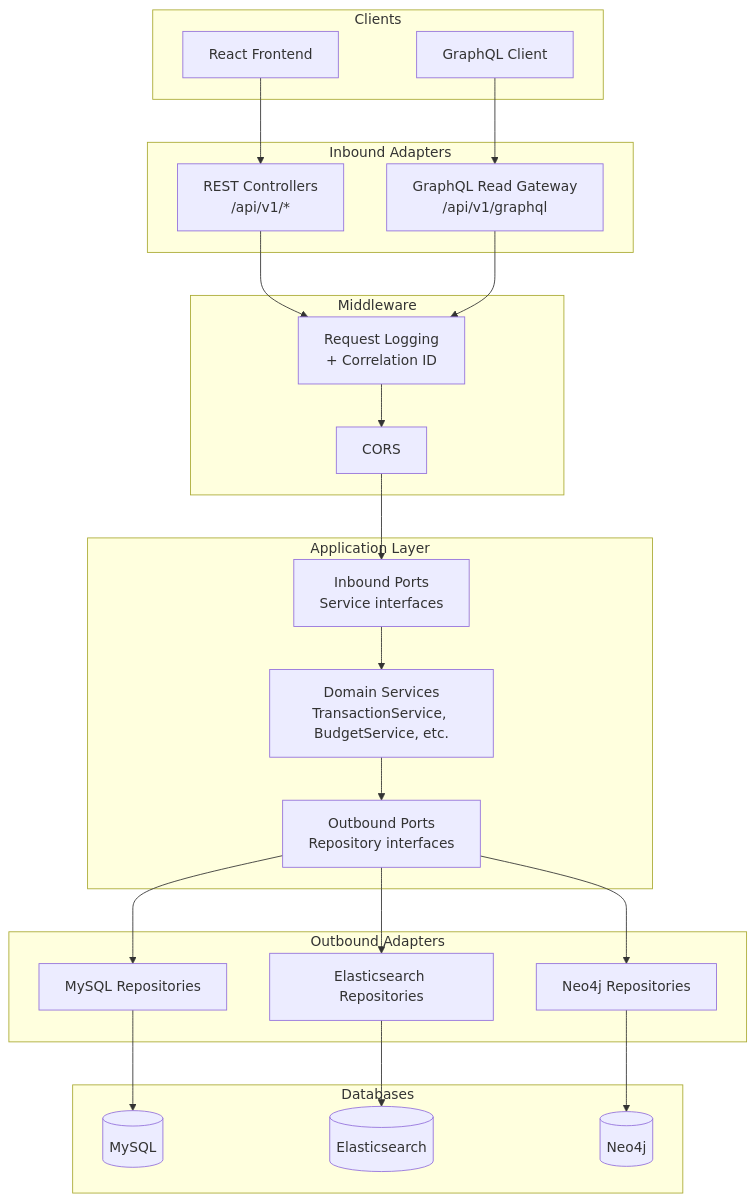
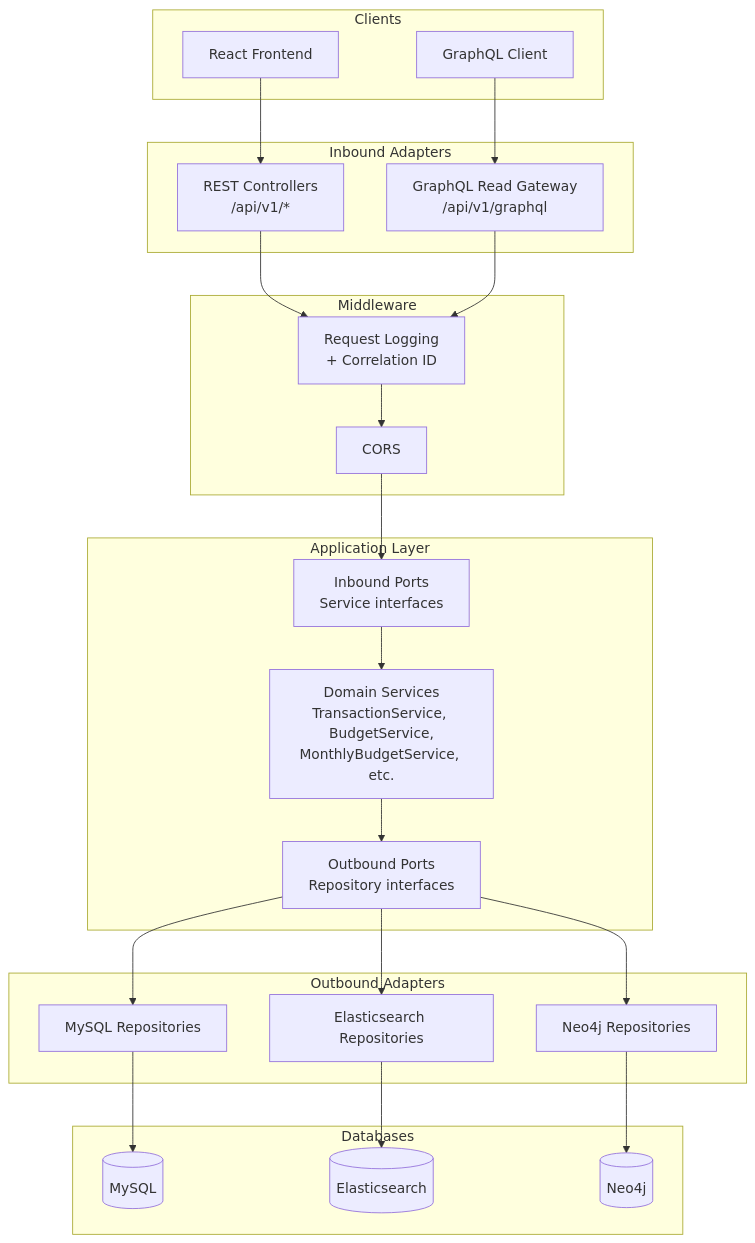
Before and after one commit to Jothom2912/Finance-Tracker: the first of 2 diagrams in README.md, drawn with Mermaid. The commit also changed other lines of this file and 4 other files, not shown here.

````diff
--- a/README.md
+++ b/README.md
@@ -73,45 +73,45 @@
 ```mermaid
 graph TB
     subgraph "Clients"
         FE[React Frontend]
         GQL[GraphQL Client]
     end
 
     subgraph "Inbound Adapters"
         REST[REST Controllers<br/>/api/v1/*]
         GRAPHQL[GraphQL Read Gateway<br/>/api/v1/graphql]
     end
 
     subgraph "Middleware"
         CORS[CORS]
         LOG[Request Logging<br/>+ Correlation ID]
     end
 
     subgraph "Application Layer"
-        SVC[Domain Services<br/>TransactionService, BudgetService, etc.]
+        SVC[Domain Services<br/>TransactionService, BudgetService,<br/>MonthlyBudgetService, etc.]
         PORTS_IN[Inbound Ports<br/>Service interfaces]
         PORTS_OUT[Outbound Ports<br/>Repository interfaces]
     end
 
     subgraph "Outbound Adapters"
         MYSQL_REPO[MySQL Repositories]
         ES_REPO[Elasticsearch Repositories]
         NEO4J_REPO[Neo4j Repositories]
     end
 
     subgraph "Databases"
         MYSQL[(MySQL)]
         ES[(Elasticsearch)]
         NEO4J[(Neo4j)]
     end
 
     FE --> REST
     GQL --> GRAPHQL
     REST --> LOG --> CORS --> PORTS_IN
     GRAPHQL --> LOG
     PORTS_IN --> SVC
     SVC --> PORTS_OUT
     PORTS_OUT --> MYSQL_REPO --> MYSQL
     PORTS_OUT --> ES_REPO --> ES
     PORTS_OUT --> NEO4J_REPO --> NEO4J
 ```
````
